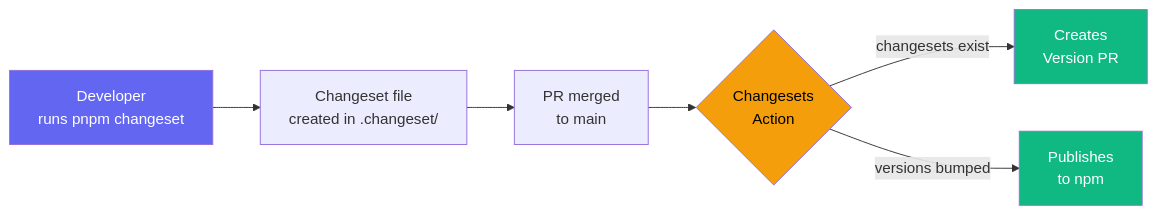
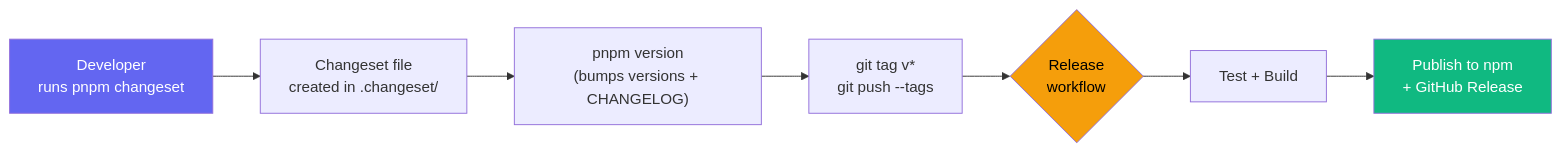
One commit to Tlahey/agent-eval changed the third of 3 diagrams in AGENTS.md. Above: the diagram before and after it, drawn with Mermaid. The commit also changed other lines of this file and 1 other file, not shown here.

Commit message:
fix(release): trigger release workflow on v* tags instead of push to main

````diff
--- a/AGENTS.md
+++ b/AGENTS.md
@@ -520,13 +520,13 @@
 ```mermaid
 flowchart LR
     A["Developer\nruns pnpm changeset"] --> B["Changeset file\ncreated in .changeset/"]
-    B --> C["PR merged\nto main"]
-    C --> D{"Changesets\nAction"}
-    D -->|"changesets exist"| E["Creates\nVersion PR"]
-    D -->|"versions bumped"| F["Publishes\nto npm"]
+    B --> C["pnpm version\n(bumps versions + CHANGELOG)"]
+    C --> D["git tag v*\ngit push --tags"]
+    D --> E{"Release\nworkflow"}
+    E --> F["Test + Build"]
+    F --> G["Publish to npm\n+ GitHub Release"]
 
     style A fill:#6366f1,color:#fff
-    style D fill:#f59e0b,color:#000
-    style E fill:#10b981,color:#fff
-    style F fill:#10b981,color:#fff
+    style E fill:#f59e0b,color:#000
+    style G fill:#10b981,color:#fff
 ```
````
